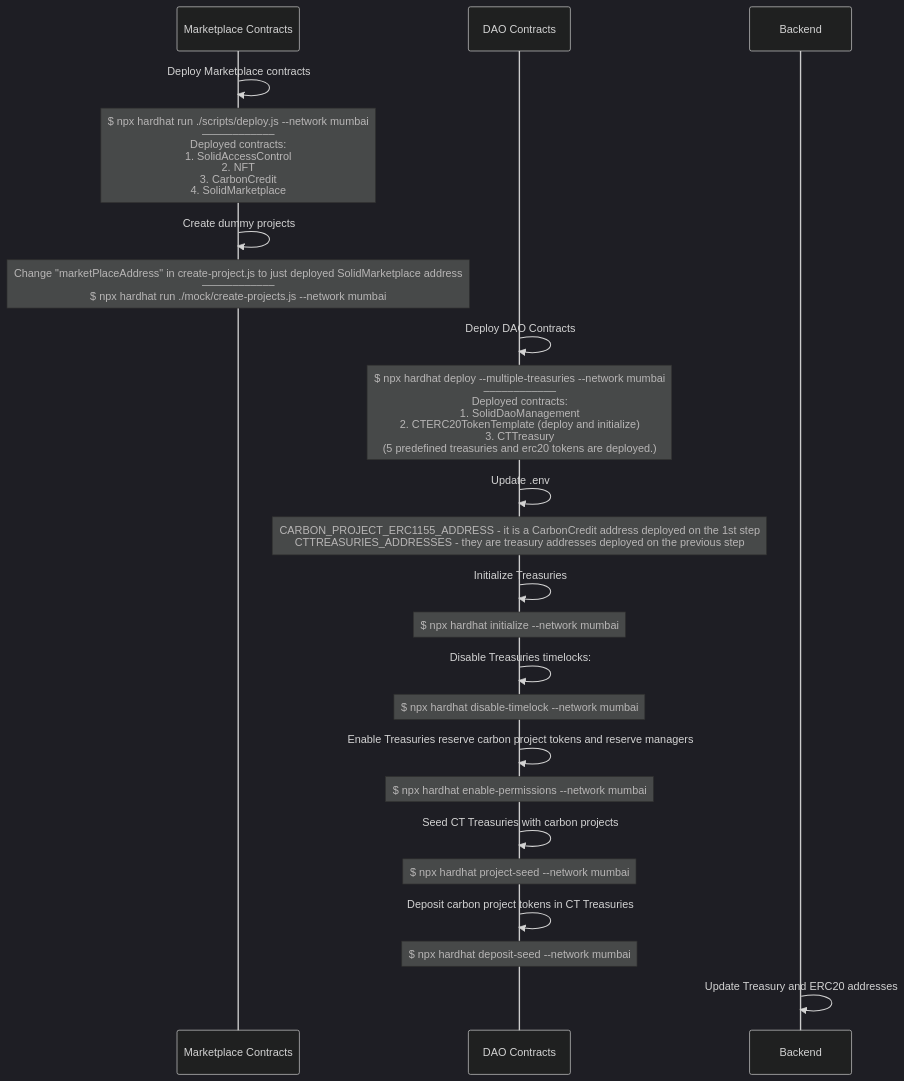
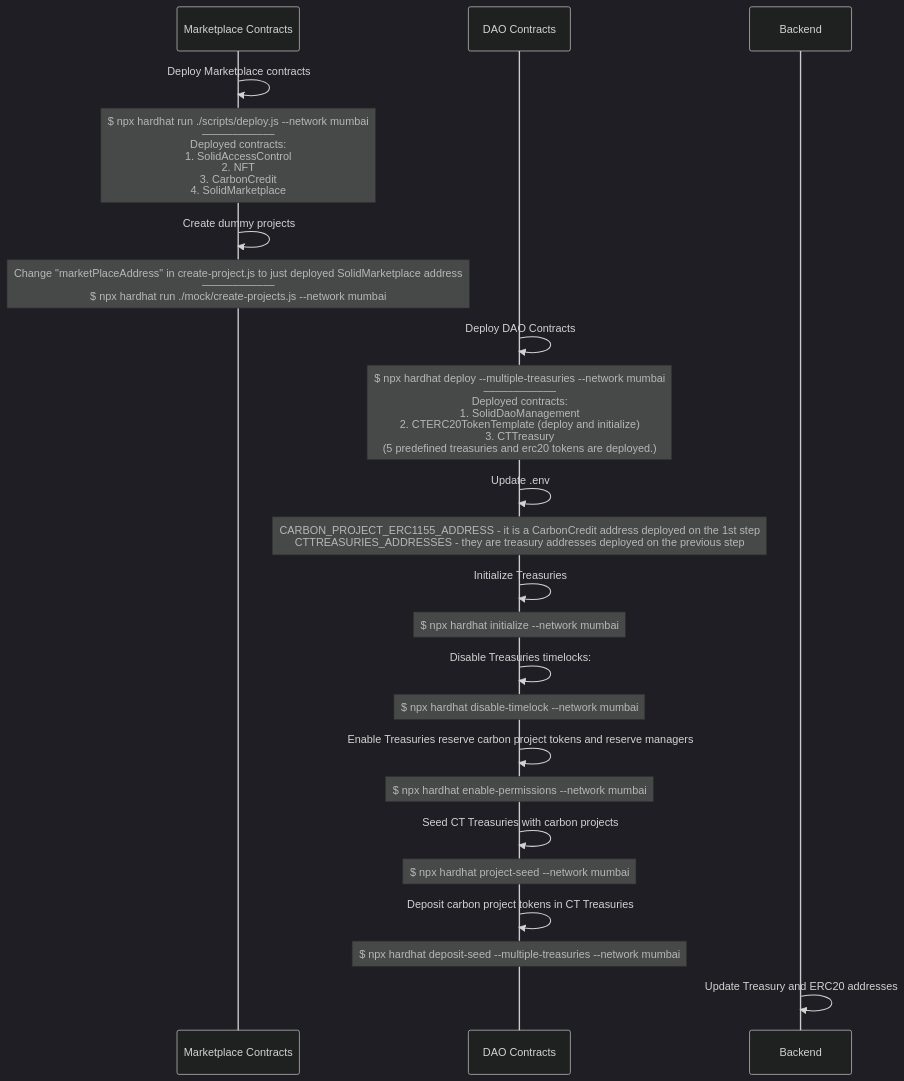
The diagram in docs/mumbai-deployment-flow.md (solid-world/solid-world-dao-contracts), drawn with Mermaid (dark theme) before and after one commit. The commit also changed 1 other file, not shown here.

Commit message:
Deposit to only one treasury by the default

````diff
--- a/docs/mumbai-deployment-flow.md
+++ b/docs/mumbai-deployment-flow.md
@@ -1,25 +1,25 @@
 ```mermaid
 sequenceDiagram
     participant market as Marketplace Contracts
     participant dao as DAO Contracts
     participant Backend
     market->>market: Deploy Marketplace contracts
     Note over market: $ npx hardhat run ./scripts/deploy.js --network mumbai <br>––––––––––––<br>Deployed contracts: <br>1. SolidAccessControl <br>2. NFT <br>3. CarbonCredit <br>4. SolidMarketplace
     market->>market: Create dummy projects
     Note over market: Change "marketPlaceAddress" in create-project.js to just deployed SolidMarketplace address<br>––––––––––––<br>$ npx hardhat run ./mock/create-projects.js  --network mumbai
     dao->>dao: Deploy DAO Contracts
     Note over dao: $ npx hardhat deploy --multiple-treasuries --network mumbai <br>––––––––––––<br>Deployed contracts: <br>1. SolidDaoManagement<br> 2. CTERC20TokenTemplate (deploy and initialize)<br> 3. CTTreasury<br> (5 predefined treasuries and erc20 tokens are deployed.)
     dao->>dao: Update .env
     Note over dao: CARBON_PROJECT_ERC1155_ADDRESS - it is a CarbonCredit address deployed on the 1st step<br>CTTREASURIES_ADDRESSES - they are treasury addresses deployed on the previous step
     dao->>dao: Initialize Treasuries
     Note over dao: $ npx hardhat initialize --network mumbai
     dao->>dao: Disable Treasuries timelocks:
     Note over dao: $ npx hardhat disable-timelock --network mumbai
     dao->>dao: Enable Treasuries reserve carbon project tokens and reserve managers
     Note over dao: $ npx hardhat enable-permissions --network mumbai
     dao->>dao: Seed CT Treasuries with carbon projects
     Note over dao: $ npx hardhat project-seed --network mumbai
     dao->>dao: Deposit carbon project tokens in CT Treasuries
-    Note over dao: $ npx hardhat deposit-seed --network mumbai
+    Note over dao: $ npx hardhat deposit-seed --multiple-treasuries --network mumbai
     Backend->>Backend: Update Treasury and ERC20 addresses
 ```
````
